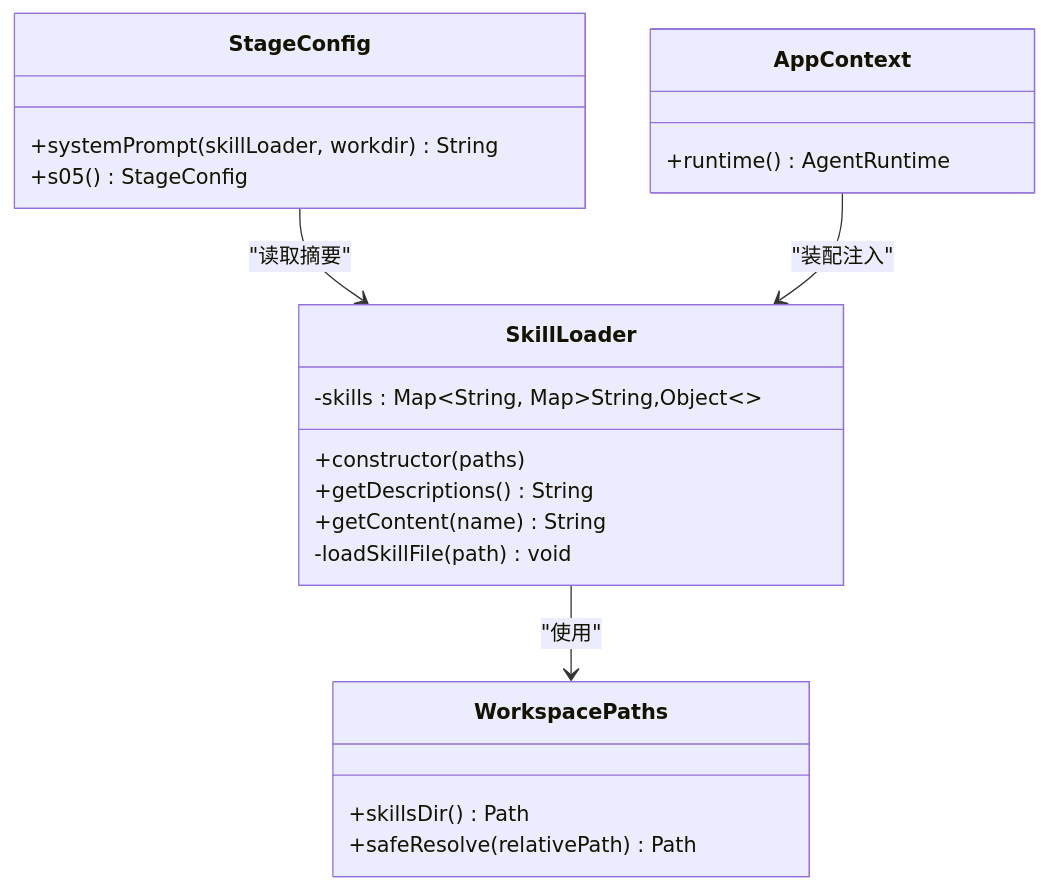
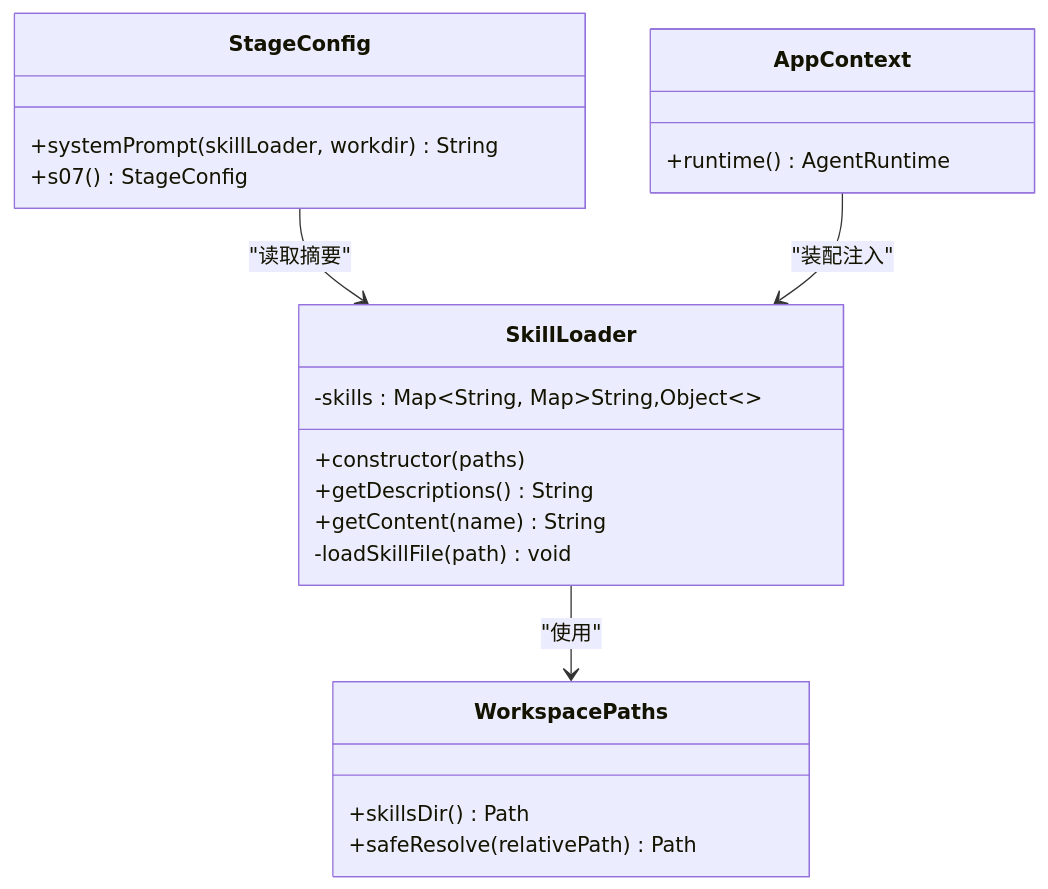
Before and after one commit to chenlds1994/learn-claude-code-java: the fourth of 4 diagrams in .qoder/repowiki/zh/content/技能加载系统.md, drawn with Mermaid. The commit also changed other lines of this file and 143 other files, not shown here.

First line of the commit message:
更新 repowiki 与 drawio 教程图至 17 阶段结构

````diff
--- a/.qoder/repowiki/zh/content/技能加载系统.md
+++ b/.qoder/repowiki/zh/content/技能加载系统.md
@@ -174,24 +174,24 @@
 ```mermaid
 classDiagram
 class WorkspacePaths {
 +skillsDir() Path
 +safeResolve(relativePath) Path
 }
 class SkillLoader {
 -skills : Map~String, Map~String,Object~~
 +constructor(paths)
 +getDescriptions() String
 +getContent(name) String
 -loadSkillFile(path) void
 }
 class StageConfig {
 +systemPrompt(skillLoader, workdir) String
-+s05() StageConfig
++s07() StageConfig
 }
 class AppContext {
 +runtime() AgentRuntime
 }
 SkillLoader --> WorkspacePaths : "使用"
 StageConfig --> SkillLoader : "读取摘要"
 AppContext --> SkillLoader : "装配注入"
 ```
````
